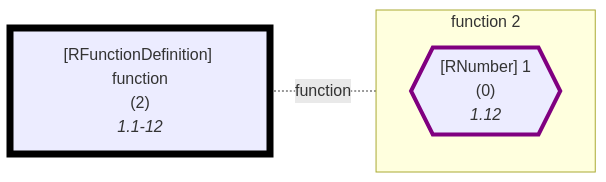
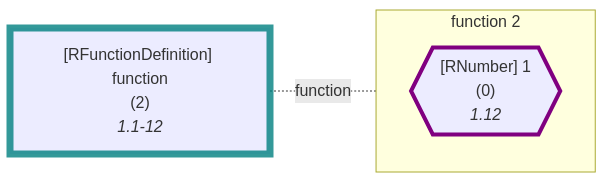
Diagram 17 of 33 in wiki/Dataflow Graph.md (flowr-analysis/flowr), drawn with Mermaid before and after one commit. The commit also changed other lines of this file and 8 other files, not shown here.

````diff
--- a/wiki/Dataflow Graph.md
+++ b/wiki/Dataflow Graph.md
@@ -1475,16 +1824,16 @@
 ```mermaid
 flowchart LR
     2["`#91;RFunctionDefinition#93; function
       (2)
       *1.1-12*`"]
-    style 2 stroke:black,stroke-width:7px; 
+    style 2 stroke:teal,stroke-width:7px,stroke-opacity:.8; 
 
 subgraph "flow-2" [function 2]
     0{{"`#91;RNumber#93; 1
       (0)
       *1.12*`"}}
     style 0 stroke:purple,stroke-width:4px; 
 end
 2 -.-|function| flow-2
 
 ```
````
